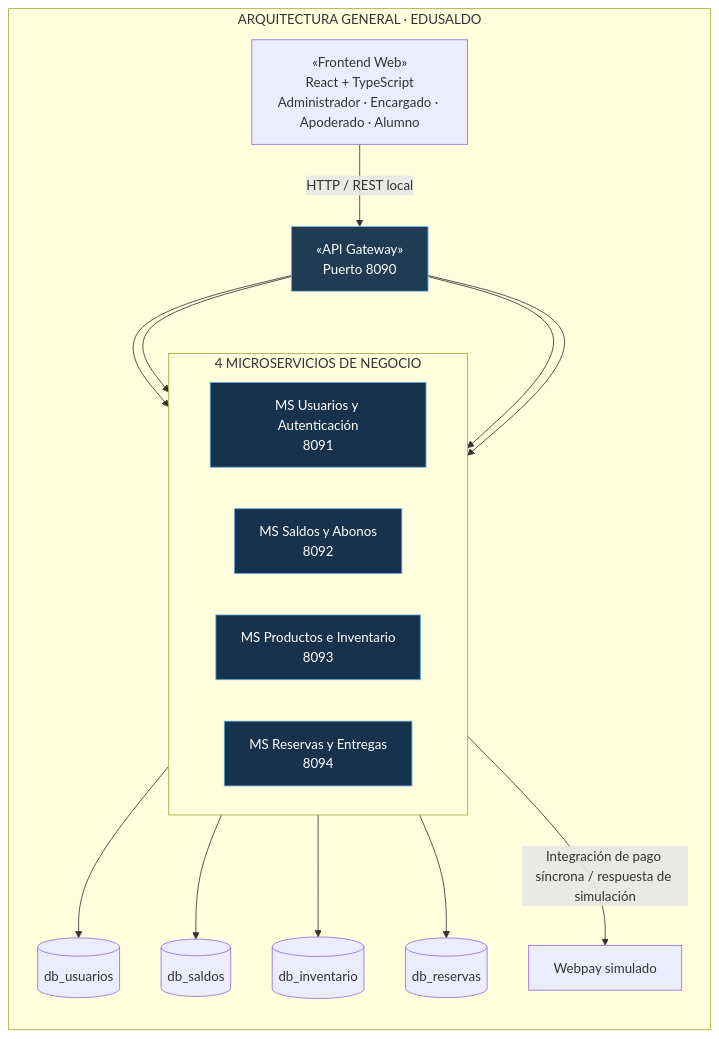
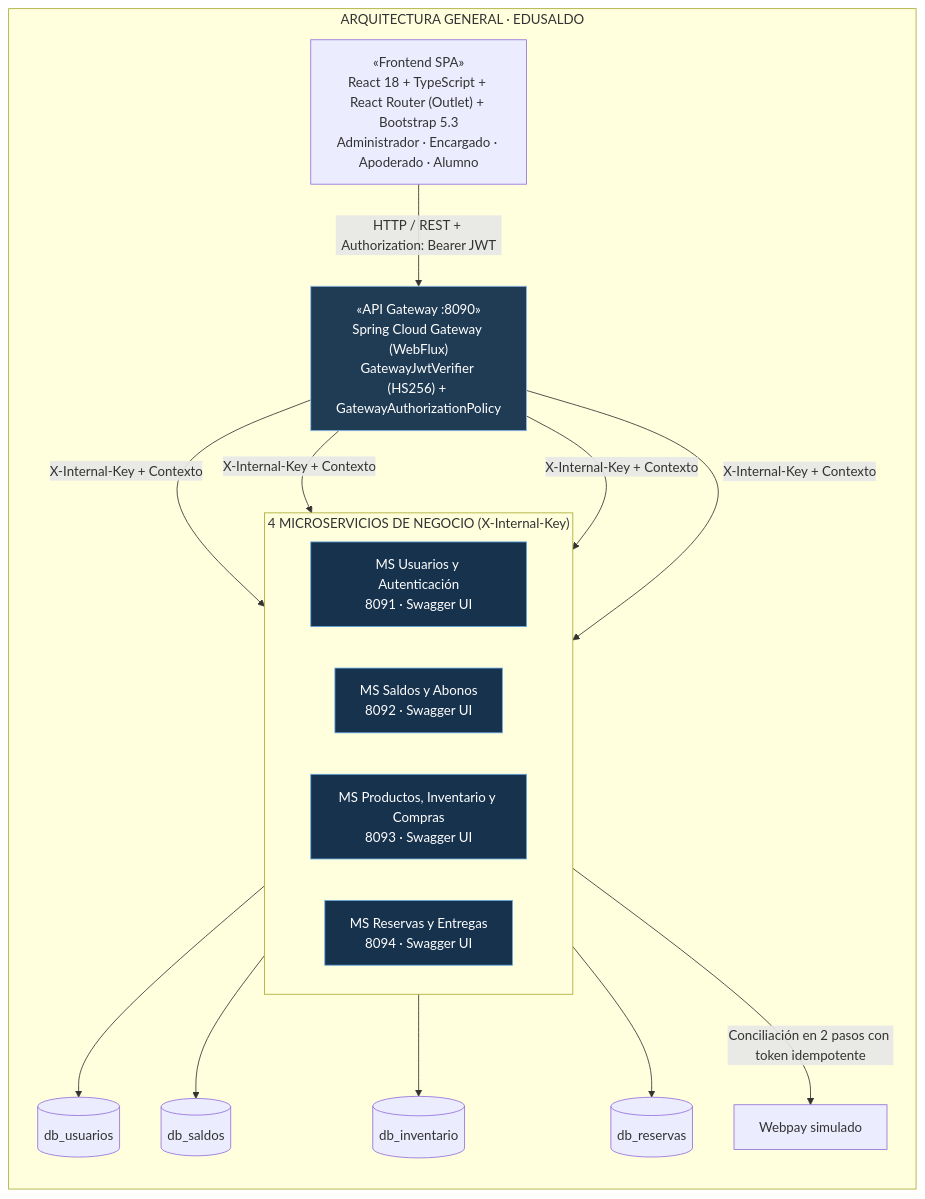
Before and after one commit to Flosotoo/paginaWeb: the diagram in docs/diagramas/mermaid-arquitectura-general.md, drawn with Mermaid. The commit also changed 20 other files, not shown here.

Commit message:
docs(proyecto): actualizar diagramas, readmes, maven wrapper y suite http de verificacion

````diff
--- a/docs/diagramas/mermaid-arquitectura-general.md
+++ b/docs/diagramas/mermaid-arquitectura-general.md
@@ -3,36 +3,36 @@
 ```mermaid
 flowchart TB
     subgraph ARQ["ARQUITECTURA GENERAL · EDUSALDO"]
       direction TB
-      WEB["«Frontend Web»<br/>React + TypeScript<br/>Administrador · Encargado · Apoderado · Alumno"]
-      GW["«API Gateway»<br/>Puerto 8090"]
+      WEB["«Frontend SPA»<br/>React 18 + TypeScript + React Router (Outlet) + Bootstrap 5.3<br/>Administrador · Encargado · Apoderado · Alumno"]
+      GW["«API Gateway :8090»<br/>Spring Cloud Gateway (WebFlux)<br/>GatewayJwtVerifier (HS256) + GatewayAuthorizationPolicy"]
 
-      WEB -->|"HTTP / REST local"| GW
+      WEB -->|"HTTP / REST + Authorization: Bearer JWT"| GW
 
-      subgraph MS["4 MICROSERVICIOS DE NEGOCIO"]
+      subgraph MS["4 MICROSERVICIOS DE NEGOCIO (X-Internal-Key)"]
         direction LR
-        U["MS Usuarios y Autenticación<br/>8091"]
-        S["MS Saldos y Abonos<br/>8092"]
-        I["MS Productos e Inventario<br/>8093"]
-        R["MS Reservas y Entregas<br/>8094"]
+        U["MS Usuarios y Autenticación<br/>8091 · Swagger UI"]
+        S["MS Saldos y Abonos<br/>8092 · Swagger UI"]
+        I["MS Productos, Inventario y Compras<br/>8093 · Swagger UI"]
+        R["MS Reservas y Entregas<br/>8094 · Swagger UI"]
       end
 
-      GW --> U
-      GW --> S
-      GW --> I
-      GW --> R
+      GW -->|"X-Internal-Key + Contexto"| U
+      GW -->|"X-Internal-Key + Contexto"| S
+      GW -->|"X-Internal-Key + Contexto"| I
+      GW -->|"X-Internal-Key + Contexto"| R
 
       U --> DU[("db_usuarios")]
       S --> DS[("db_saldos")]
       I --> DI[("db_inventario")]
       R --> DR[("db_reservas")]
 
-      S -->|"Integración de pago síncrona / respuesta de simulación"| WP["Webpay simulado"]
+      S -->|"Conciliación en 2 pasos con token idempotente"| WP["Webpay simulado"]
     end
 
     classDef ms fill:#17324d,stroke:#65a6df,color:#ffffff
     classDef gateway fill:#203c55,stroke:#8cbce8,color:#ffffff
 
     class U,S,I,R ms
     class GW gateway
 ```
````
